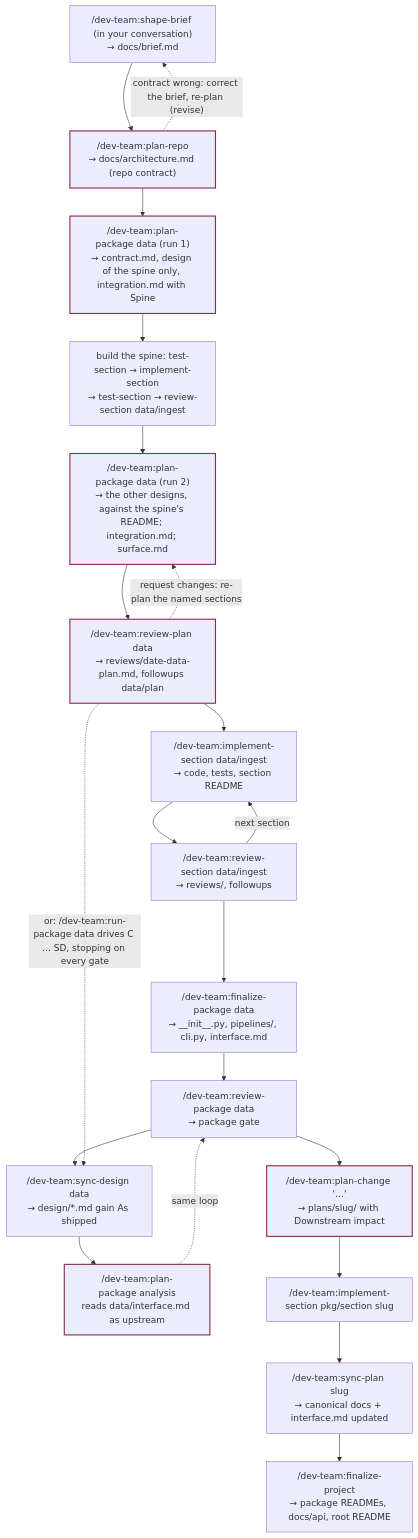
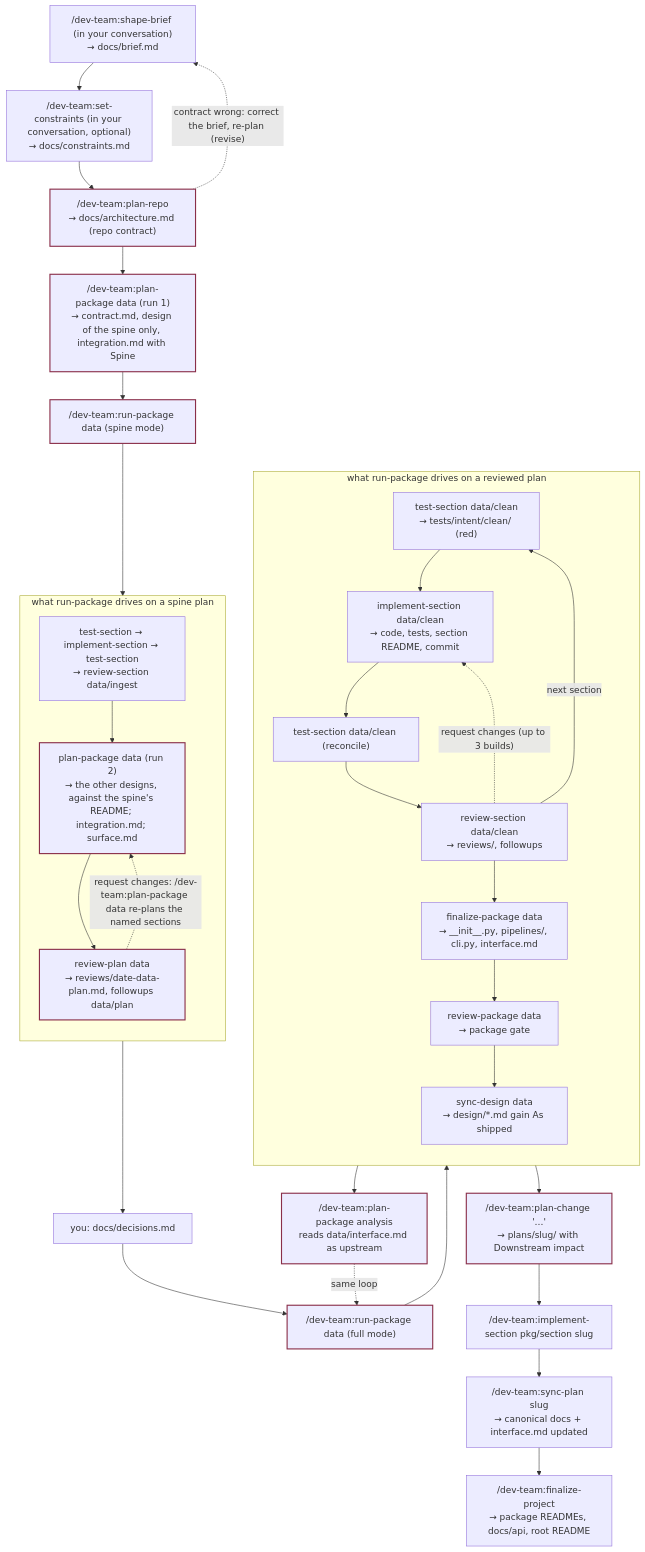
The second of 3 diagrams in dev-team/site/flow.md (cott435/cott-plugins), drawn with Mermaid before and after one commit. The commit also changed other lines of this file and 11 other files, not shown here.

First line of the commit message:
dev-team 0.5 (phase 9): docs, site, changelog; end-to-end eval logged

````diff
--- a/dev-team/site/flow.md
+++ b/dev-team/site/flow.md
@@ -45,27 +45,41 @@
 ```mermaid
 flowchart TD
   S["/dev-team:shape-brief (in your conversation)<br/>→ docs/brief.md"]
-  S --> A
+  S --> K["/dev-team:set-constraints (in your conversation, optional)<br/>→ docs/constraints.md"]
+  K --> A
   A["/dev-team:plan-repo<br/>→ docs/architecture.md (repo contract)"]
   A -. "contract wrong: correct the brief, re-plan (revise)" .-> S
   A --> B1["/dev-team:plan-package data (run 1)<br/>→ contract.md, design of the spine only, integration.md with Spine"]
-  B1 --> SP["build the spine: test-section → implement-section<br/>→ test-section → review-section data/ingest"]
-  SP --> B2["/dev-team:plan-package data (run 2)<br/>→ the other designs, against the spine's README; integration.md; surface.md"]
-  B2 --> RP["/dev-team:review-plan data<br/>→ reviews/date-data-plan.md, followups data/plan"]
-  RP -. "request changes: re-plan the named sections" .-> B2
-  RP --> C["/dev-team:implement-section data/ingest<br/>→ code, tests, section README"]
-  C --> D["/dev-team:review-section data/ingest<br/>→ reviews/, followups"]
-  D -->|next section| C
-  D --> E["/dev-team:finalize-package data<br/>→ __init__.py, pipelines/, cli.py, interface.md"]
-  E --> F["/dev-team:review-package data<br/>→ package gate"]
-  F --> SD["/dev-team:sync-design data<br/>→ design/*.md gain As shipped"]
-  RP -. "or: /dev-team:run-package data drives C … SD, stopping on every gate" .-> SD
+  B1 --> R1["/dev-team:run-package data (spine mode)"]
+  subgraph spine["what run-package drives on a spine plan"]
+    direction TB
+    SP["test-section → implement-section → test-section<br/>→ review-section data/ingest"]
+    SP --> B2["plan-package data (run 2)<br/>→ the other designs, against the spine's README; integration.md; surface.md"]
+    B2 --> RP["review-plan data<br/>→ reviews/date-data-plan.md, followups data/plan"]
+  end
+  R1 --> SP
+  RP -. "request changes: /dev-team:plan-package data re-plans the named sections" .-> B2
+  RP --> DEC["you: docs/decisions.md"]
+  DEC --> R2["/dev-team:run-package data (full mode)"]
+  subgraph full["what run-package drives on a reviewed plan"]
+    direction TB
+    T1["test-section data/clean<br/>→ tests/intent/clean/ (red)"]
+    T1 --> C["implement-section data/clean<br/>→ code, tests, section README, commit"]
+    C --> T2["test-section data/clean (reconcile)"]
+    T2 --> D["review-section data/clean<br/>→ reviews/, followups"]
+    D -. "request changes (up to 3 builds)" .-> C
+    D -->|next section| T1
+    D --> E["finalize-package data<br/>→ __init__.py, pipelines/, cli.py, interface.md"]
+    E --> F["review-package data<br/>→ package gate"]
+    F --> SD["sync-design data<br/>→ design/*.md gain As shipped"]
+  end
+  R2 --> T1
   SD --> G["/dev-team:plan-package analysis<br/>reads data/interface.md as upstream"]
-  G -.->|same loop| F
+  G -.->|same loop| R2
   F --> H["/dev-team:plan-change '…'<br/>→ plans/slug/ with Downstream impact"]
   H --> I["/dev-team:implement-section pkg/section slug"]
   I --> J["/dev-team:sync-plan slug<br/>→ canonical docs + interface.md updated"]
-  J --> K["/dev-team:finalize-project<br/>→ package READMEs, docs/api, root README"]
+  J --> K2["/dev-team:finalize-project<br/>→ package READMEs, docs/api, root README"]
   classDef stop stroke:#8a2f4a,stroke-width:2px;
-  class A,B1,B2,RP,G,H stop;
+  class A,B1,B2,RP,R1,R2,G,H stop;
 ```
````
